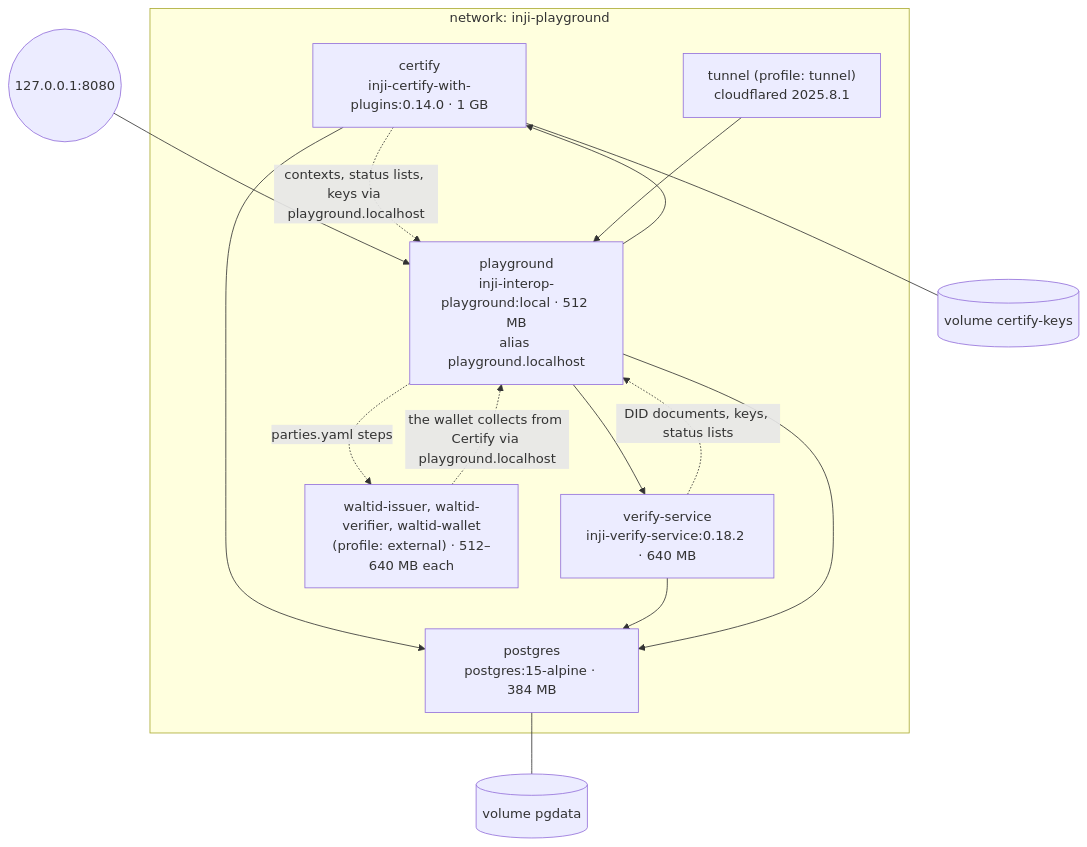
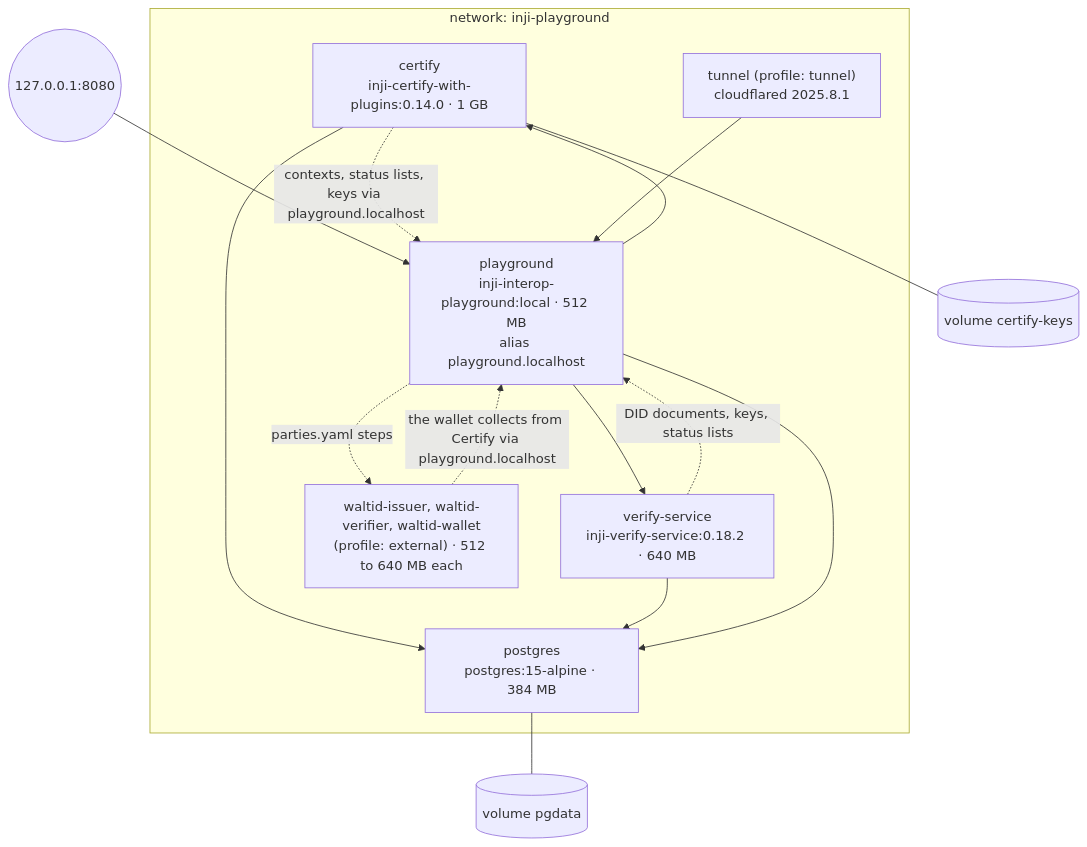
The fifth of 5 diagrams in docs/architecture.md (Akshats-git/inji-interop-playground), drawn with Mermaid before and after one commit. The commit also changed other lines of this file and 18 other files, not shown here.

````diff
--- a/docs/architecture.md
+++ b/docs/architecture.md
@@ -290,24 +299,24 @@
 ```mermaid
 flowchart TB
   subgraph net["network: inji-playground"]
     postgres["postgres<br/>postgres:15-alpine · 384 MB"]
     certify["certify<br/>inji-certify-with-plugins:0.14.0 · 1 GB"]
     verify["verify-service<br/>inji-verify-service:0.18.2 · 640 MB"]
     playground["playground<br/>inji-interop-playground:local · 512 MB<br/>alias playground.localhost"]
     tunnel["tunnel (profile: tunnel)<br/>cloudflared 2025.8.1"]
-    walt["waltid-issuer, waltid-verifier, waltid-wallet<br/>(profile: external) · 512–640 MB each"]
+    walt["waltid-issuer, waltid-verifier, waltid-wallet<br/>(profile: external) · 512 to 640 MB each"]
   end
   host(("127.0.0.1:8080")) --> playground
   certify --> postgres
   verify --> postgres
   playground --> postgres
   playground --> certify
   playground --> verify
   certify -. "contexts, status lists, keys via playground.localhost" .-> playground
   verify -. "DID documents, keys, status lists" .-> playground
   tunnel --> playground
   playground -. "parties.yaml steps" .-> walt
   walt -. "the wallet collects from Certify via playground.localhost" .-> playground
   postgres --- v1[("volume pgdata")]
   certify --- v2[("volume certify-keys")]
 ```
````
